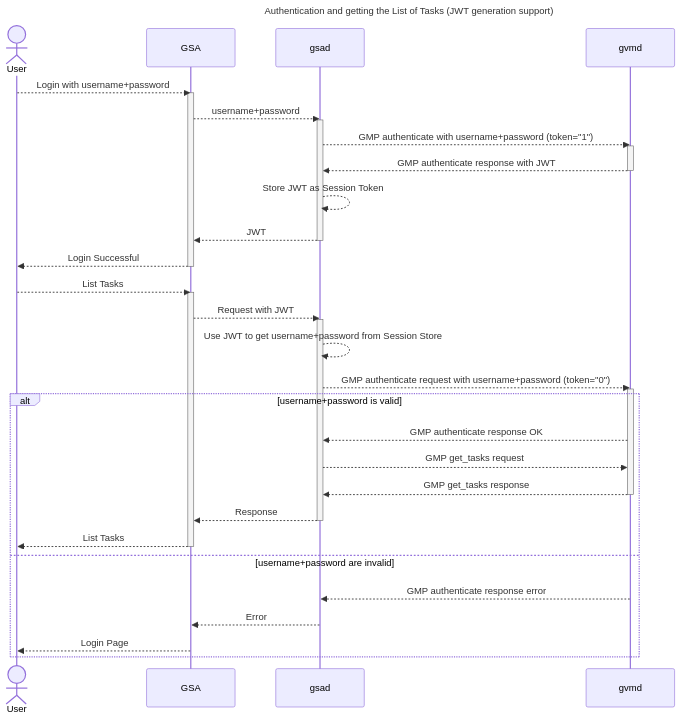
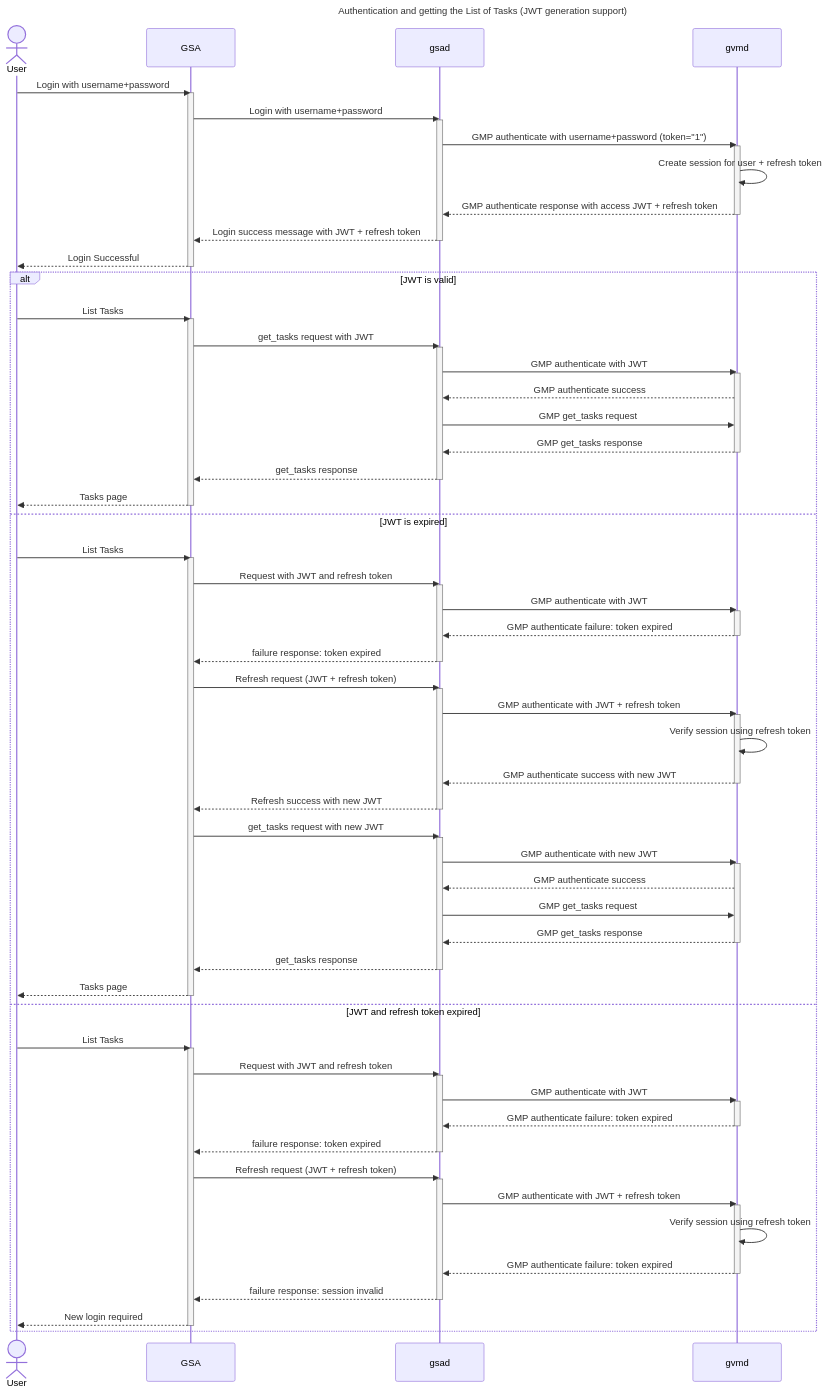
The second of 2 diagrams in docs/token-based-authentication.md (greenbone/gvmd), drawn with Mermaid before and after one commit. The commit also changed other lines of this file, not shown here.

Commit message:
Update token based authentication doc
The documentation for token based authentication is updated
to reflect plans implement use of refresh tokens.

````diff
--- a/docs/token-based-authentication.md
+++ b/docs/token-based-authentication.md
@@ -163,44 +176,94 @@
 title: Authentication and getting the List of Tasks (JWT generation support)
 ---
 sequenceDiagram
+
     actor User
     participant GSA
     participant gsad
     participant gvmd
 
-    User-->>GSA: Login with username+password
+    User->>GSA: Login with username+password
     activate GSA
-    GSA-->>gsad: username+password
+    GSA->>gsad: Login with username+password
     activate gsad
-    gsad-->>gvmd: GMP authenticate with username+password (token="1")
+    gsad->>gvmd: GMP authenticate with username+password (token="1")
     activate gvmd
-    gvmd-->>gsad: GMP authenticate response with JWT
+    gvmd->>gvmd: Create session for user + refresh token
+    gvmd-->>gsad: GMP authenticate response with access JWT + refresh token
     deactivate gvmd
-    gsad-->>gsad: Store JWT as Session Token
-    gsad-->>GSA: JWT
+    gsad-->>GSA: Login success message with JWT + refresh token
     deactivate gsad
     GSA-->>User: Login Successful
     deactivate GSA
 
-    User-->>GSA: List Tasks
-    activate GSA
-    GSA-->>gsad: Request with JWT
-    activate gsad
-    gsad-->>gsad: Use JWT to get username+password from Session Store
-    gsad-->>gvmd: GMP authenticate request with username+password (token="0")
-    activate gvmd
-    alt username+password is valid
-      gvmd-->>gsad: GMP authenticate response OK
-      gsad-->>gvmd: GMP get_tasks request
-      gvmd-->>gsad: GMP get_tasks response
-      deactivate gvmd
-      gsad-->>GSA: Response
-      deactivate gsad
-      GSA-->>User: List Tasks
-      deactivate GSA
-    else username+password are invalid
-      gvmd-->>gsad: GMP authenticate response error
-      gsad-->>GSA: Error
-      GSA-->>User: Login Page
+    alt JWT is valid
+        User->>GSA: List Tasks
+        activate GSA
+        GSA->>gsad: get_tasks request with JWT
+        activate gsad
+        gsad->>gvmd: GMP authenticate with JWT
+        activate gvmd
+        gvmd-->>gsad: GMP authenticate success
+        gsad->>gvmd: GMP get_tasks request
+        gvmd-->>gsad: GMP get_tasks response
+        deactivate gvmd
+        gsad-->>GSA: get_tasks response
+        deactivate gsad
+        GSA-->>User: Tasks page
+        deactivate GSA
+    else JWT is expired
+        User->>GSA: List Tasks
+        activate GSA
+        GSA->>gsad: Request with JWT and refresh token
+        activate gsad
+        gsad->>gvmd: GMP authenticate with JWT
+        activate gvmd
+        gvmd-->>gsad: GMP authenticate failure: token expired
+        deactivate gvmd
+        gsad-->>GSA: failure response: token expired
+        deactivate gsad
+        GSA->>gsad: Refresh request (JWT + refresh token)
+        activate gsad
+        gsad->>gvmd: GMP authenticate with JWT + refresh token
+        activate gvmd
+        gvmd->>gvmd: Verify session using refresh token
+        gvmd-->>gsad: GMP authenticate success with new JWT
+        deactivate gvmd
+        gsad-->>GSA: Refresh success with new JWT
+        deactivate gsad
+        GSA->>gsad: get_tasks request with new JWT
+        activate gsad
+        gsad->>gvmd: GMP authenticate with new JWT
+        activate gvmd
+        gvmd-->>gsad: GMP authenticate success
+        gsad->>gvmd: GMP get_tasks request
+        gvmd-->>gsad: GMP get_tasks response
+        deactivate gvmd
+        gsad-->>GSA: get_tasks response
+        deactivate gsad
+        GSA-->>User: Tasks page
+        deactivate GSA
+    else JWT and refresh token expired
+        User->>GSA: List Tasks
+        activate GSA
+        GSA->>gsad: Request with JWT and refresh token
+        activate gsad
+        gsad->>gvmd: GMP authenticate with JWT
+        activate gvmd
+        gvmd-->>gsad: GMP authenticate failure: token expired
+        deactivate gvmd
+        gsad-->>GSA: failure response: token expired
+        deactivate gsad
+        GSA->>gsad: Refresh request (JWT + refresh token)
+        activate gsad
+        gsad->>gvmd: GMP authenticate with JWT + refresh token
+        activate gvmd
+        gvmd->>gvmd: Verify session using refresh token
+        gvmd-->>gsad: GMP authenticate failure: token expired
+        deactivate gvmd
+        gsad-->>GSA: failure response: session invalid
+        deactivate gsad
+        GSA-->>User: New login required
+        deactivate GSA
     end
 ```
````
